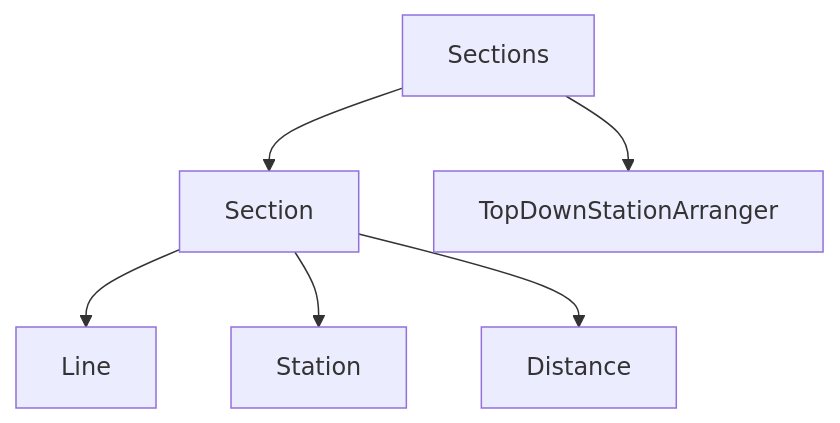
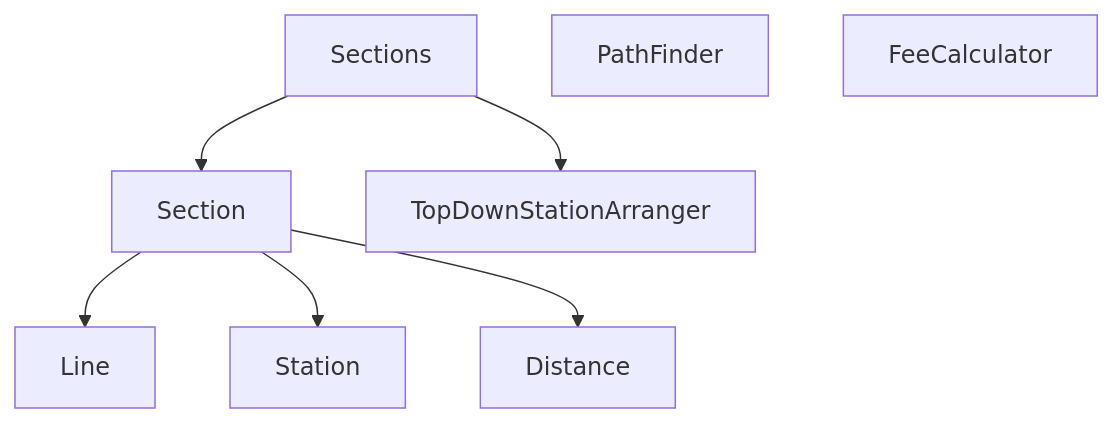
One commit to woowacourse/jwp-subway-path changed the diagram in README.md. Above: the diagram before and after it, drawn with Mermaid.

Commit message:
docs(README): 2단계 도메인 객체 설계 추가

````diff
--- a/README.md
+++ b/README.md
@@ -30,9 +30,12 @@
 ```mermaid
 graph TD
 Sections --> Section
 Sections --> TopDownStationArranger
 
 Section -->  Line
 Section --> Station
 Section --> Distance
+
+PathFinder
+FeeCalculator
 ```
````
